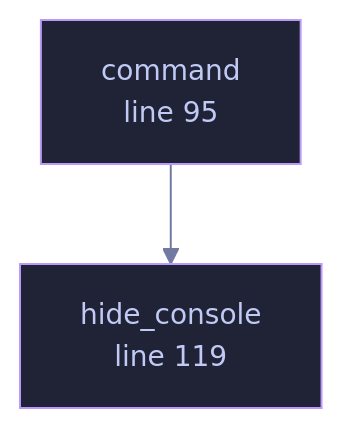
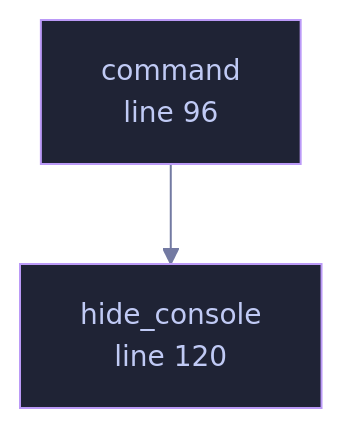
Before and after one commit to tilas01/veilvoice: the diagram in docs/files/veilvoice-setup/lib.md, drawn with Mermaid. The commit also changed other lines of this file and 65 other files, not shown here.

````diff
--- a/docs/files/veilvoice-setup/lib.md
+++ b/docs/files/veilvoice-setup/lib.md
@@ -114,13 +114,13 @@
 ```mermaid
 %%{init: {"theme":"base","themeVariables":{"background":"#1a1b26","primaryColor":"#1f2335","primaryTextColor":"#c0caf5","primaryBorderColor":"#7aa2f7","secondaryColor":"#16161e","tertiaryColor":"#16161e","lineColor":"#737aa2","textColor":"#c0caf5","mainBkg":"#1f2335","nodeBorder":"#7aa2f7","clusterBkg":"#16161e","clusterBorder":"#2f3549","fontFamily":"ui-monospace, SFMono-Regular, Consolas, monospace","fontSize":"14px"}}}%%
 flowchart TD
-    n_command["command<br/>line 95"]
-    n_hide_console["hide_console<br/>line 109"]
-    n_hide_console["hide_console<br/>line 119"]
+    n_command["command<br/>line 96"]
+    n_hide_console["hide_console<br/>line 110"]
+    n_hide_console["hide_console<br/>line 120"]
     n_command --> n_hide_console
-    click n_command href "https://github.com/tilas01/veilvoice/blob/main/crates/veilvoice-setup/src/lib.rs#L95" "open the source"
-    click n_hide_console href "https://github.com/tilas01/veilvoice/blob/main/crates/veilvoice-setup/src/lib.rs#L109" "open the source"
-    click n_hide_console href "https://github.com/tilas01/veilvoice/blob/main/crates/veilvoice-setup/src/lib.rs#L119" "open the source"
+    click n_command href "https://github.com/tilas01/veilvoice/blob/main/crates/veilvoice-setup/src/lib.rs#L96" "open the source"
+    click n_hide_console href "https://github.com/tilas01/veilvoice/blob/main/crates/veilvoice-setup/src/lib.rs#L110" "open the source"
+    click n_hide_console href "https://github.com/tilas01/veilvoice/blob/main/crates/veilvoice-setup/src/lib.rs#L120" "open the source"
     classDef helper fill:#1f2335,stroke:#bb9af7,color:#c0caf5
     class n_command,n_hide_console,n_hide_console helper
 ```
````
